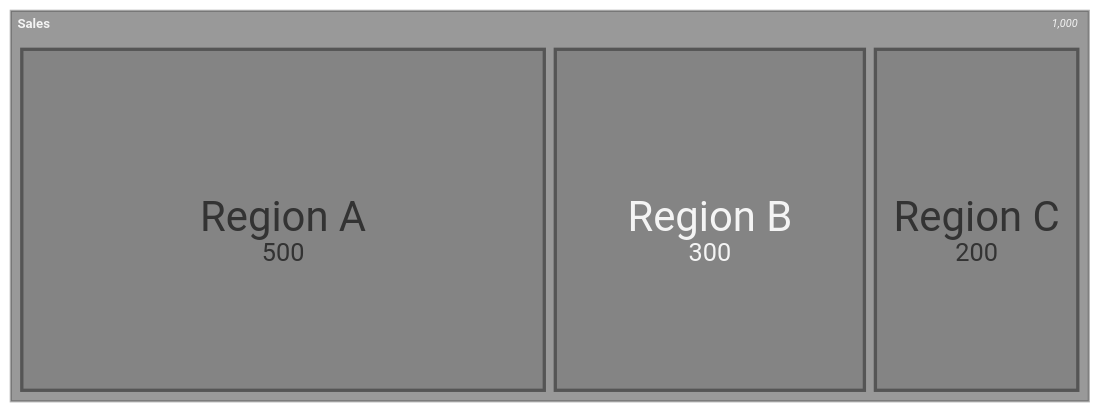
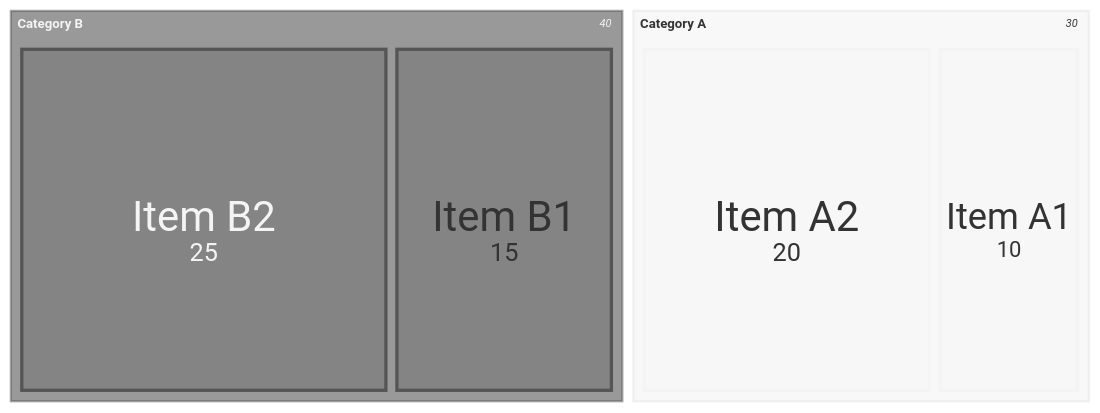
The first of 9 diagrams in skills/mermaid/examples/treemap.md (teachingai/full-stack-skills), drawn with Mermaid (neutral theme) before and after one commit. The commit also changed other lines of this file and 21 other files, not shown here.

First line of the commit message:
docs(mermaid): 更新架构、块、C4和类图示例文档

````diff
--- a/skills/mermaid/examples/treemap.md
+++ b/skills/mermaid/examples/treemap.md
@@ -25,7 +23,9 @@
 ```mermaid
 treemap-beta
-"Sales"
-    "Region A": 500
-    "Region B": 300
-    "Region C": 200
+"Category A"
+    "Item A1": 10
+    "Item A2": 20
+"Category B"
+    "Item B1": 15
+    "Item B2": 25
 ```
````
